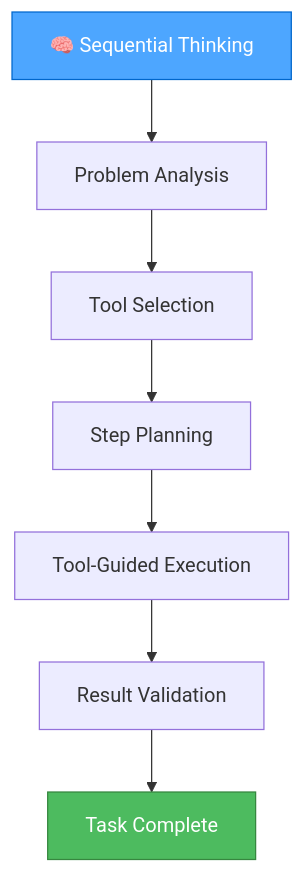
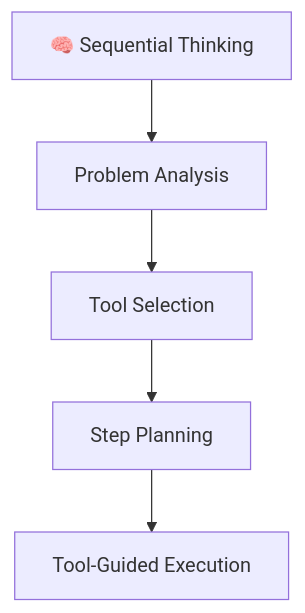
Before and after one commit to JooduG/RPGlitch: the third of 6 diagrams in .cursor/rules/thinking-framework.mdc, drawn with Mermaid. The commit also changed other lines of this file and 75 other files, not shown here.

````diff
--- a/.cursor/rules/thinking-framework.mdc
+++ b/.cursor/rules/thinking-framework.mdc
@@ -94,13 +198,8 @@
 ```mermaid
 graph TD
     Start["🧠 Sequential Thinking"] --> Analysis["Problem Analysis"]
     
     Analysis --> Tools["Tool Selection"]
     Tools --> Planning["Step Planning"]
     Planning --> Execution["Tool-Guided Execution"]
-    Execution --> Validation["Result Validation"]
-    Validation --> Complete["Task Complete"]
-    
-    style Start fill:#4da6ff,stroke:#0066cc,color:white
-    style Complete fill:#4dbb5f,stroke:#36873f,color:white
 ```
````
